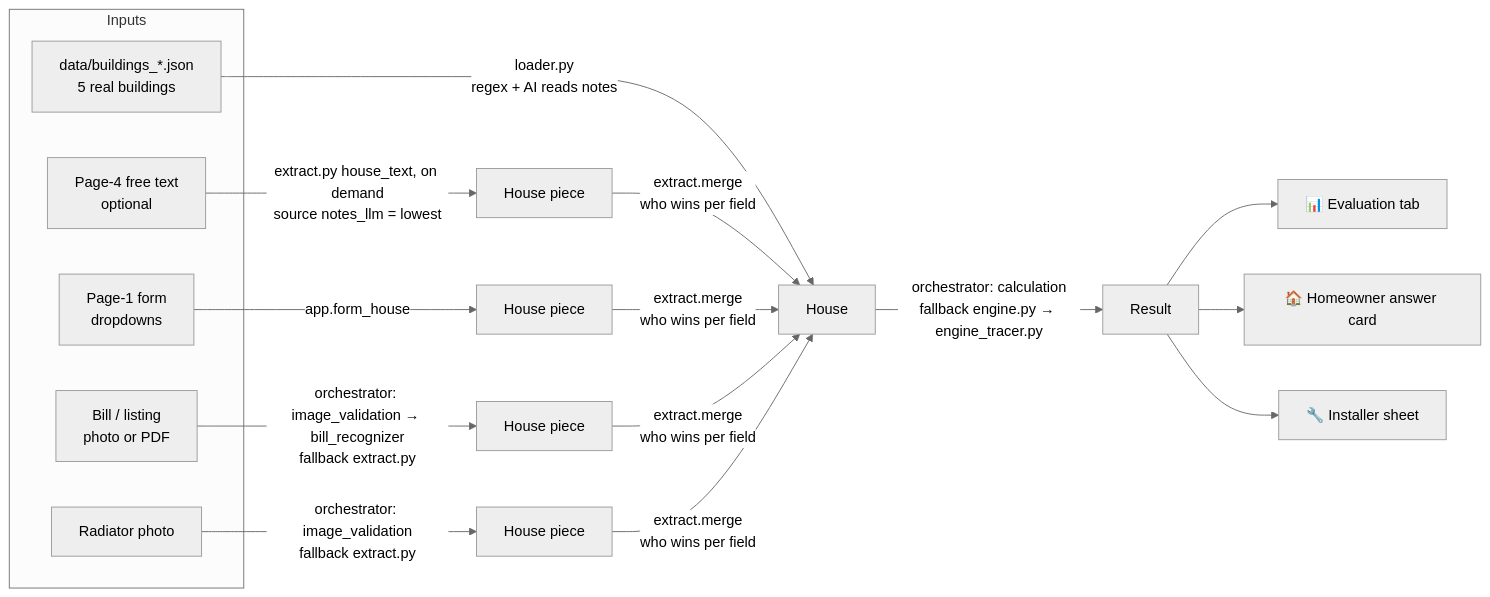
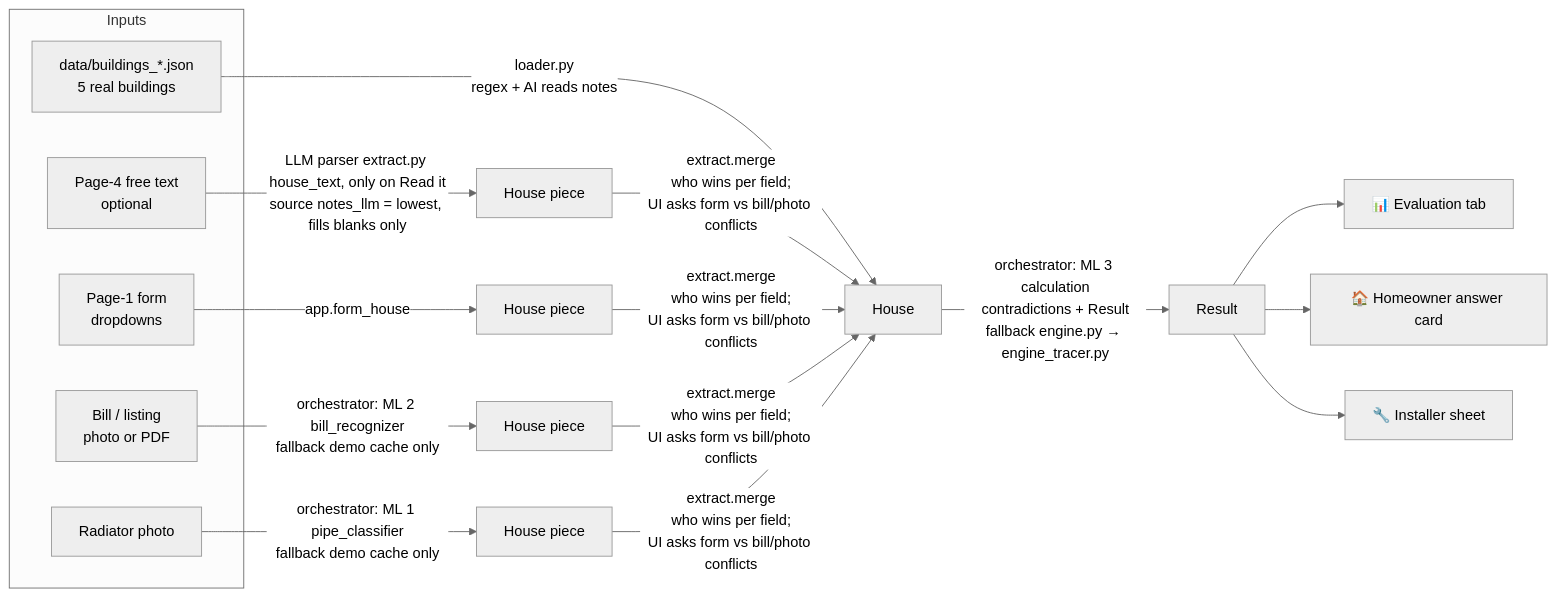
One commit to jackylee0503/hp-ready changed the diagram in FLOW.md. Above: the diagram before and after it, drawn with Mermaid (neutral theme). The commit also changed other lines of this file and 18 other files, not shown here.

First line of the commit message:
architecture: three ML modules (pipe_classifier, bill_recognizer, calculation), LLM only fills blanks on request, cache-only fallbacks; contract + docs

````diff
--- a/FLOW.md
+++ b/FLOW.md
@@ -12,20 +16,20 @@
 ```mermaid
 flowchart LR
     subgraph IN[Inputs]
       A[data/buildings_*.json<br/>5 real buildings]
       B[Page-1 form<br/>dropdowns]
       T[Page-4 free text<br/>optional]
       C[Bill / listing<br/>photo or PDF]
       D[Radiator photo]
     end
     A -->|loader.py<br/>regex + AI reads notes| H[House]
     B -->|app.form_house| H1[House piece]
-    T -->|extract.py house_text, on demand<br/>source notes_llm = lowest| H0[House piece]
-    C -->|orchestrator: image_validation → bill_recognizer<br/>fallback extract.py| H2[House piece]
-    D -->|orchestrator: image_validation<br/>fallback extract.py| H3[House piece]
-    H0 & H1 & H2 & H3 -->|extract.merge<br/>who wins per field| H
-    H -->|orchestrator: calculation<br/>fallback engine.py → engine_tracer.py| R[Result]
+    T -->|LLM parser extract.py house_text, only on Read it<br/>source notes_llm = lowest, fills blanks only| H0[House piece]
+    C -->|orchestrator: ML 2 bill_recognizer<br/>fallback demo cache only| H2[House piece]
+    D -->|orchestrator: ML 1 pipe_classifier<br/>fallback demo cache only| H3[House piece]
+    H0 & H1 & H2 & H3 -->|extract.merge<br/>who wins per field;<br/>UI asks form vs bill/photo conflicts| H
+    H -->|orchestrator: ML 3 calculation<br/>contradictions + Result<br/>fallback engine.py → engine_tracer.py| R[Result]
     R --> E[📊 Evaluation tab]
     R --> HO[🏠 Homeowner answer card]
     R --> I[🔧 Installer sheet]
 ```
````
